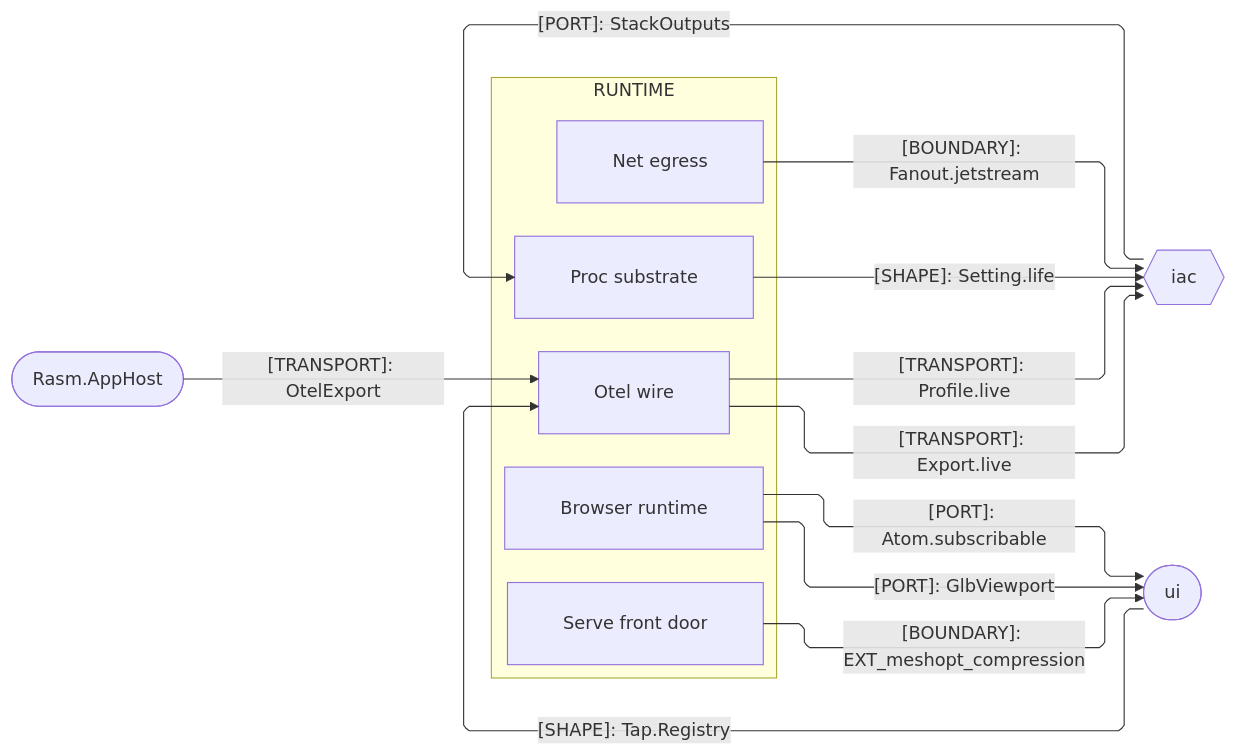
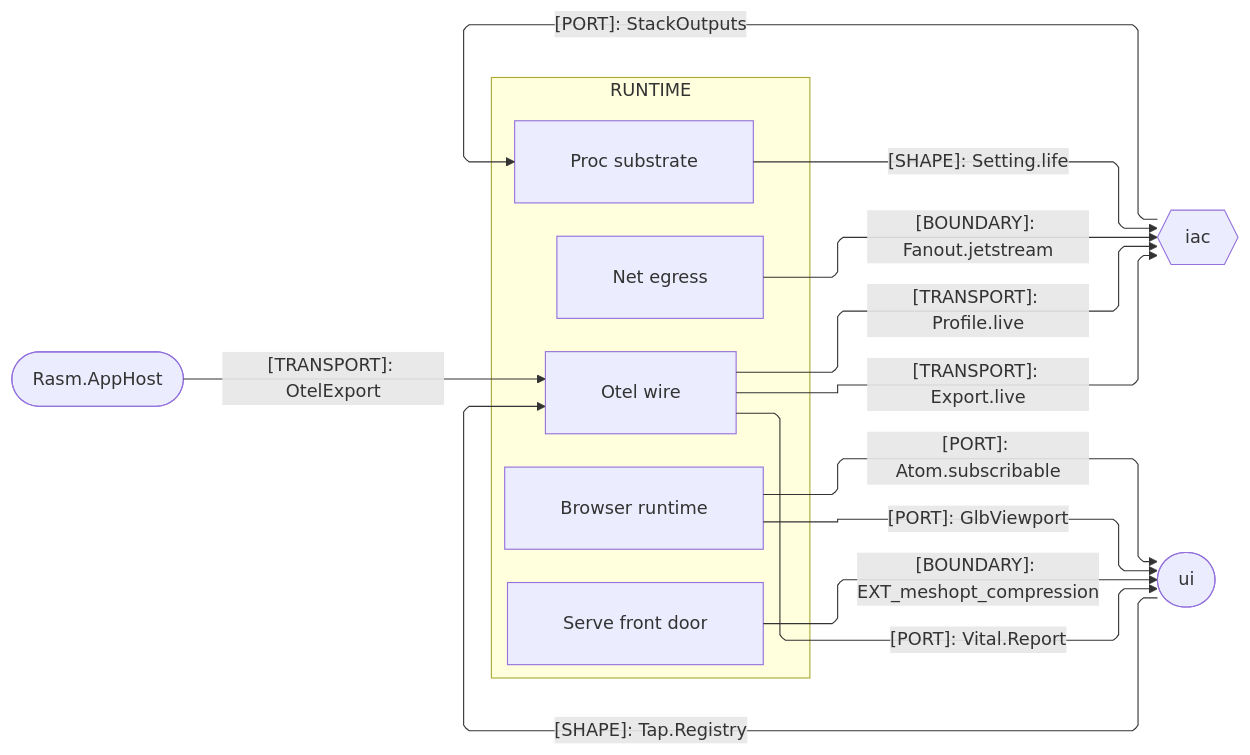
One commit to bsamiee/Rasm changed the third of 3 diagrams in libs/typescript/runtime/ARCHITECTURE.md. Above: the diagram before and after it, drawn with Mermaid. The commit also changed other lines of this file and 189 other files, not shown here.

````diff
--- a/libs/typescript/runtime/ARCHITECTURE.md
+++ b/libs/typescript/runtime/ARCHITECTURE.md
@@ -159,32 +161,33 @@
 ```mermaid
 ---
 config:
   layout: elk
   flowchart:
     curve: linear
     padding: 25
 ---
 flowchart LR
     accTitle: Runtime platform and cross-runtime seam registry
     accDescr: Runtime owners exchanging settings, stack outputs, subscribable planes, and OTLP telemetry with iac, ui, and the Rasm.AppHost host.
     subgraph runtime[RUNTIME]
         Otel[Otel wire]
         Proc[Proc substrate]
         Net[Net egress]
         Serve[Serve front door]
         Browser[Browser runtime]
     end
     AppHost([Rasm.AppHost])
     Iac{{iac}}
     Ui([ui])
     AppHost e1@-->|"[TRANSPORT]: OtelExport"| Otel
     Proc e2@-->|"[SHAPE]: Setting.life"| Iac
     Net e3@-->|"[BOUNDARY]: Fanout.jetstream"| Iac
     Iac e4@-->|"[PORT]: StackOutputs"| Proc
     Serve e5@-->|"[BOUNDARY]: EXT_meshopt_compression"| Ui
     Browser e6@-->|"[PORT]: Atom.subscribable"| Ui
     Browser e7@-->|"[PORT]: GlbViewport"| Ui
     Otel e8@-->|"[TRANSPORT]: Export.live"| Iac
     Ui e9@-->|"[SHAPE]: Tap.Registry"| Otel
     Otel e10@-->|"[TRANSPORT]: Profile.live"| Iac
+    Otel e11@-->|"[PORT]: Vital.Report"| Ui
 ```
````
